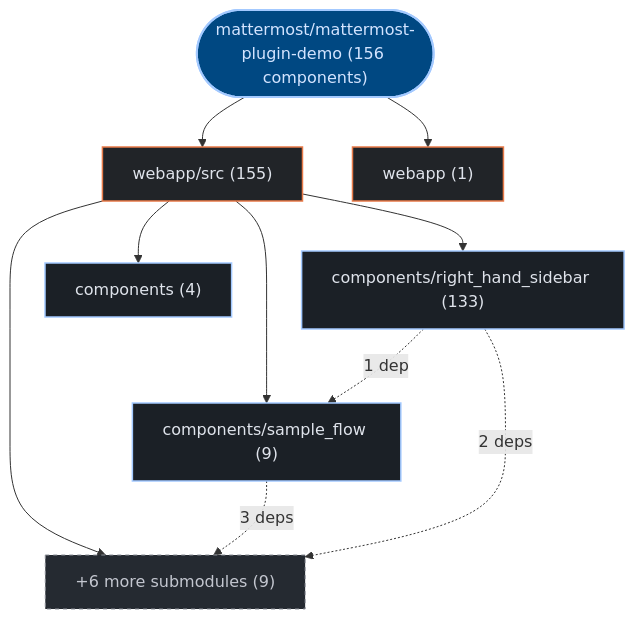
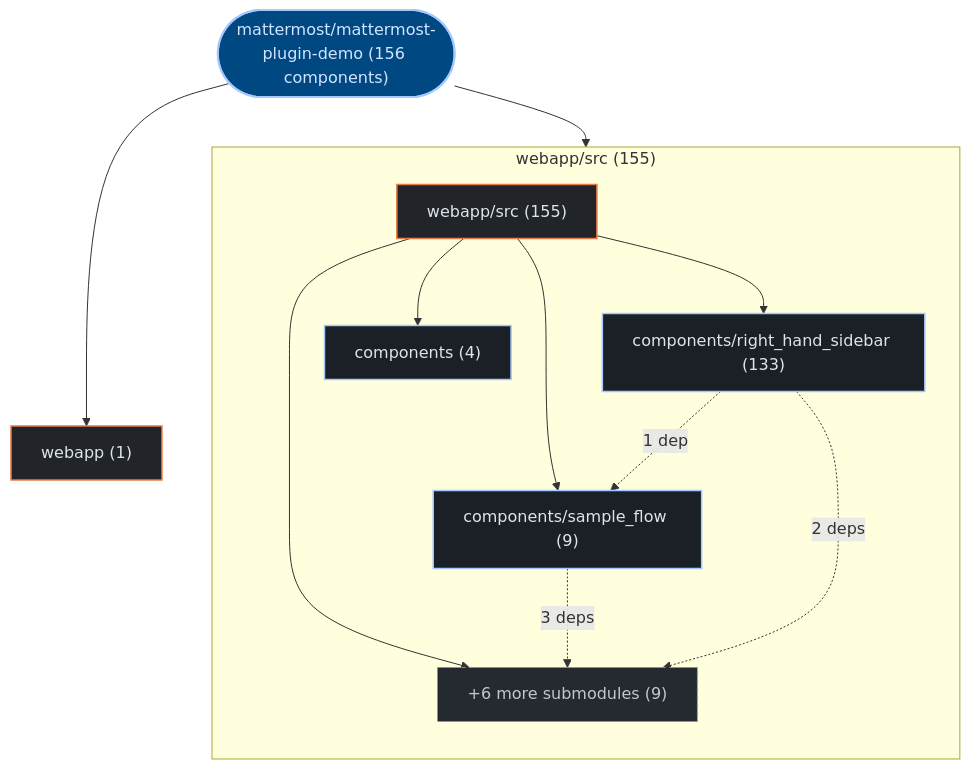
Before and after one commit to kumarshaz/atruss-code-atlas: the first of 2 diagrams in exports/latest/reports/mattermost-mattermost-plugin-demo-report.md, drawn with Mermaid. The commit also changed 178 other files, not shown here.

Commit message:
feat(ui,mermaid): upgrade to mermaid v12 + ELK layout, add orgs-summary + pagination, subgraph building blocks, fix tab alignment

````diff
--- a/exports/latest/reports/mattermost-mattermost-plugin-demo-report.md
+++ b/exports/latest/reports/mattermost-mattermost-plugin-demo-report.md
@@ -42,26 +42,29 @@
 ```mermaid
 graph TD;
   classDef atlasRoot fill:#004882,stroke:#a3c9ff,stroke-width:2px,color:#d3e4ff
   classDef atlasCategory fill:#212428,stroke:#E87A48,stroke-width:1.5px,color:#dfe3eb
   classDef atlasWorkflow fill:#1b2026,stroke:#a3c9ff,stroke-width:1.5px,color:#dfe3eb
   classDef atlasJob fill:#171c22,stroke:#8d9199,stroke-width:1px,color:#dfe3eb
   classDef atlasTarget fill:#005227,stroke:#8bd99b,stroke-width:1.5px,color:#a7f6b6
   classDef atlasAlert fill:#93000a,stroke:#ffb4ab,stroke-width:1.5px,color:#ffdad6
   classDef atlasMore fill:#252a31,stroke:#8d9199,stroke-dasharray:4 4,color:#c3c6cf
     repo_root(["mattermost/mattermost-plugin-demo (156 components)"]):::atlasRoot
-    dir_0_webapp_src["webapp/src (155)"]:::atlasCategory
+    subgraph sg_dir_0_webapp_src["webapp/src (155)"]
+      direction TB
+      dir_0_webapp_src["webapp/src (155)"]:::atlasCategory
+      sub_0_0_components_right_hand_sidebar["components/right_hand_sidebar (133)"]:::atlasWorkflow
+      dir_0_webapp_src --> sub_0_0_components_right_hand_sidebar
+      sub_0_1_components_sample_flow["components/sample_flow (9)"]:::atlasWorkflow
+      dir_0_webapp_src --> sub_0_1_components_sample_flow
+      sub_0_2_components["components (4)"]:::atlasWorkflow
+      dir_0_webapp_src --> sub_0_2_components
+      sub_0_more["+6 more submodules (9)"]:::atlasMore
+      dir_0_webapp_src --> sub_0_more
+    end
     repo_root --> dir_0_webapp_src
-    sub_0_0_components_right_hand_sidebar["components/right_hand_sidebar (133)"]:::atlasWorkflow
-    dir_0_webapp_src --> sub_0_0_components_right_hand_sidebar
-    sub_0_1_components_sample_flow["components/sample_flow (9)"]:::atlasWorkflow
-    dir_0_webapp_src --> sub_0_1_components_sample_flow
-    sub_0_2_components["components (4)"]:::atlasWorkflow
-    dir_0_webapp_src --> sub_0_2_components
-    sub_0_more["+6 more submodules (9)"]:::atlasMore
-    dir_0_webapp_src --> sub_0_more
     dir_1_webapp["webapp (1)"]:::atlasCategory
     repo_root --> dir_1_webapp
     sub_0_1_components_sample_flow -.->|"3 deps"| sub_0_more
     sub_0_0_components_right_hand_sidebar -.->|"2 deps"| sub_0_more
     sub_0_0_components_right_hand_sidebar -.->|"1 dep"| sub_0_1_components_sample_flow
 ```
````
